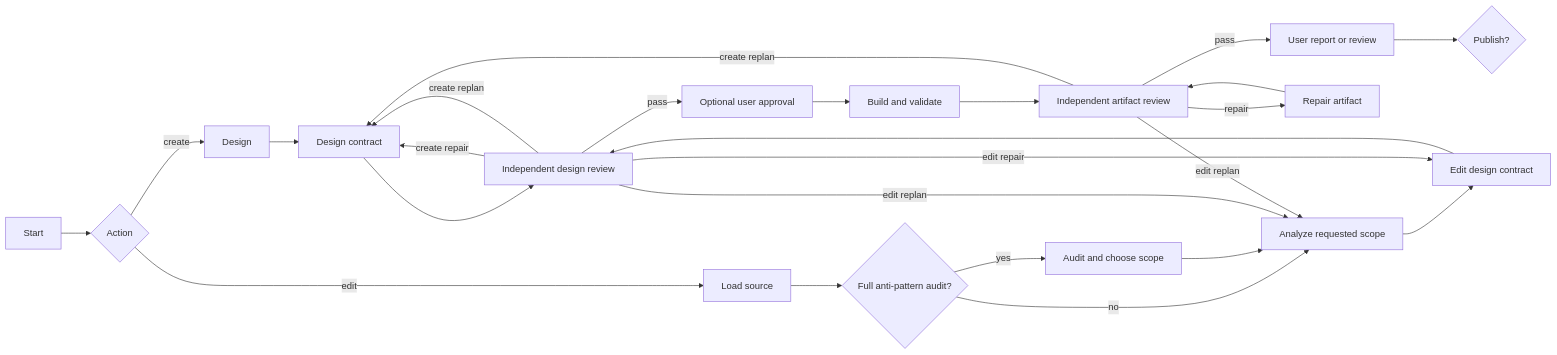
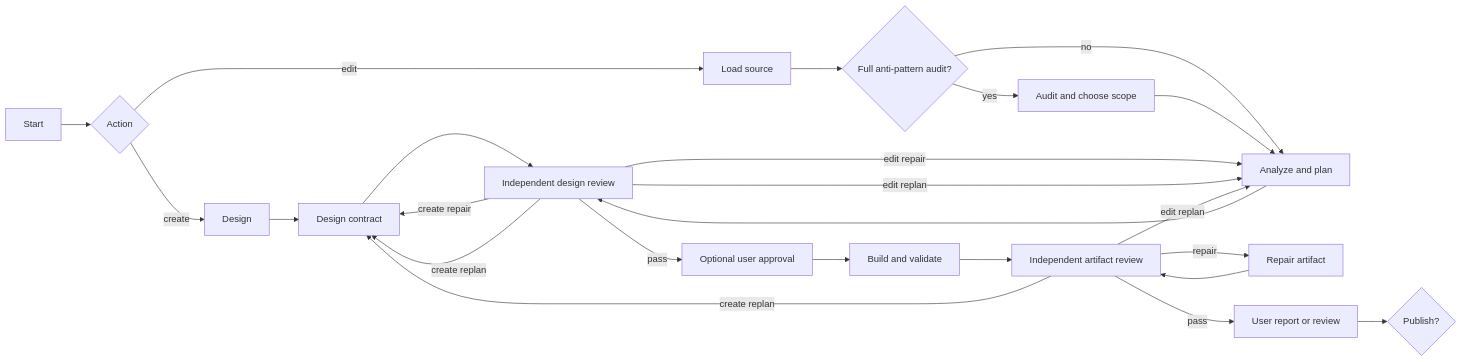
Diagram 13 of 13 in packages/docs/src/content/docs/docs/reference/workflow-templates.mdx (moira-mcp/moira), drawn with Mermaid before and after one commit. The commit also changed other lines of this file and 33 other files, not shown here.

````diff
--- a/packages/docs/src/content/docs/docs/reference/workflow-templates.mdx
+++ b/packages/docs/src/content/docs/docs/reference/workflow-templates.mdx
@@ -347,27 +347,26 @@
 ```mermaid
 flowchart LR
     A[Start] --> B{Action}
     B -->|create| C[Design]
     B -->|edit| D[Load source]
     D --> E{Full anti-pattern audit?}
     E -->|yes| F[Audit and choose scope]
-    E -->|no| G[Analyze requested scope]
+    E -->|no| G[Analyze and plan]
     F --> G
     C --> H[Design contract]
-    G --> I[Edit design contract]
     H --> J[Independent design review]
-    I --> J
+    G --> J
     J -->|create repair| H
-    J -->|edit repair| I
+    J -->|edit repair| G
     J -->|create replan| H
     J -->|edit replan| G
     J -->|pass| K[Optional user approval]
     K --> L[Build and validate]
     L --> M[Independent artifact review]
     M -->|repair| P[Repair artifact]
     P --> M
     M -->|create replan| H
     M -->|edit replan| G
     M -->|pass| N[User report or review]
     N --> O{Publish?}
 ```
````
